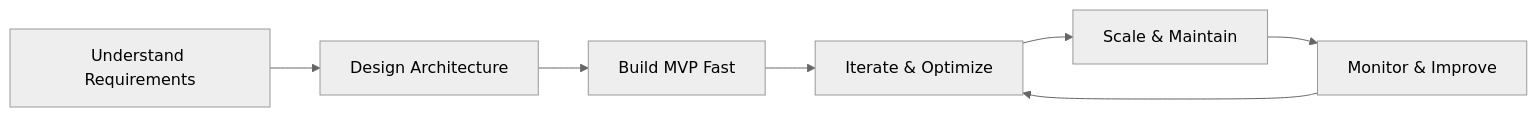
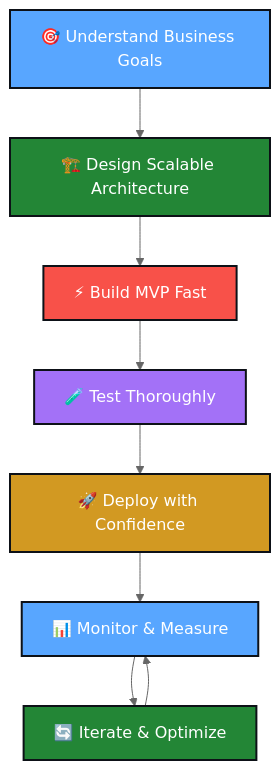
The diagram in README.md (Ahmad129096/ahmad129096), drawn with Mermaid (neutral theme) before and after one commit. The commit also changed other lines of this file, not shown here.

````diff
--- a/README.md
+++ b/README.md
@@ -225,9 +316,18 @@
 ```mermaid
-graph LR
-    A[Understand Requirements] --> B[Design Architecture]
-    B --> C[Build MVP Fast]
-    C --> D[Iterate & Optimize]
-    D --> E[Scale & Maintain]
-    E --> F[Monitor & Improve]
-    F --> D
+graph TD
+    A[🎯 Understand Business Goals] --> B[🏗️ Design Scalable Architecture]
+    B --> C[⚡ Build MVP Fast]
+    C --> D[🧪 Test Thoroughly]
+    D --> E[🚀 Deploy with Confidence]
+    E --> F[📊 Monitor & Measure]
+    F --> G[🔄 Iterate & Optimize]
+    G --> F
+    
+    style A fill:#58A6FF,stroke:#0D1117,stroke-width:2px,color:#fff
+    style B fill:#238636,stroke:#0D1117,stroke-width:2px,color:#fff
+    style C fill:#F85149,stroke:#0D1117,stroke-width:2px,color:#fff
+    style D fill:#A371F7,stroke:#0D1117,stroke-width:2px,color:#fff
+    style E fill:#D29922,stroke:#0D1117,stroke-width:2px,color:#fff
+    style F fill:#58A6FF,stroke:#0D1117,stroke-width:2px,color:#fff
+    style G fill:#238636,stroke:#0D1117,stroke-width:2px,color:#fff
 ```
````
